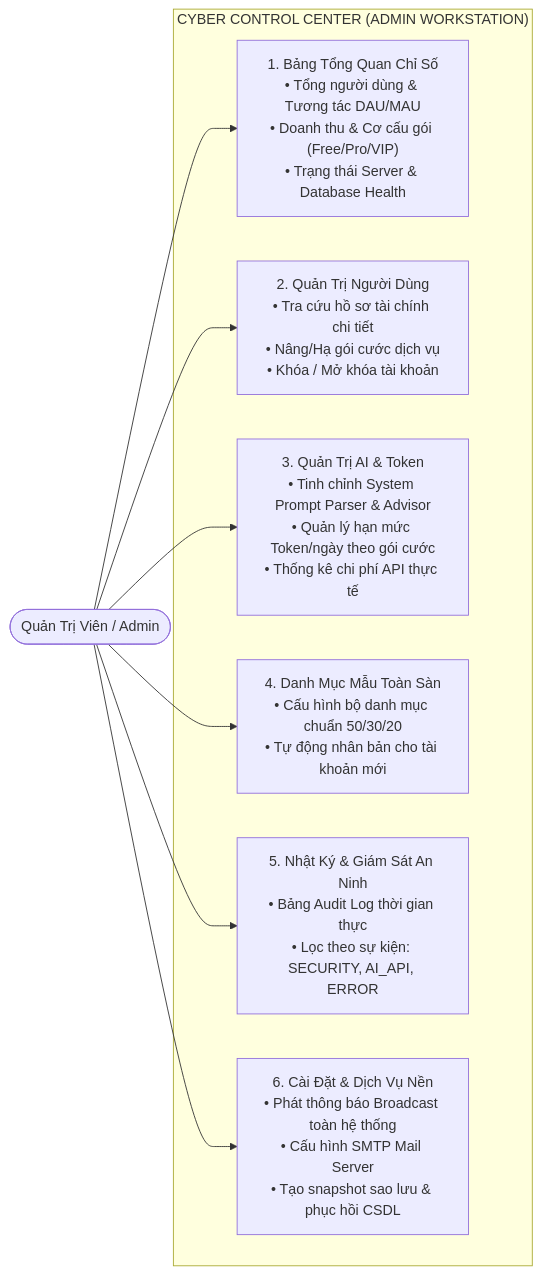
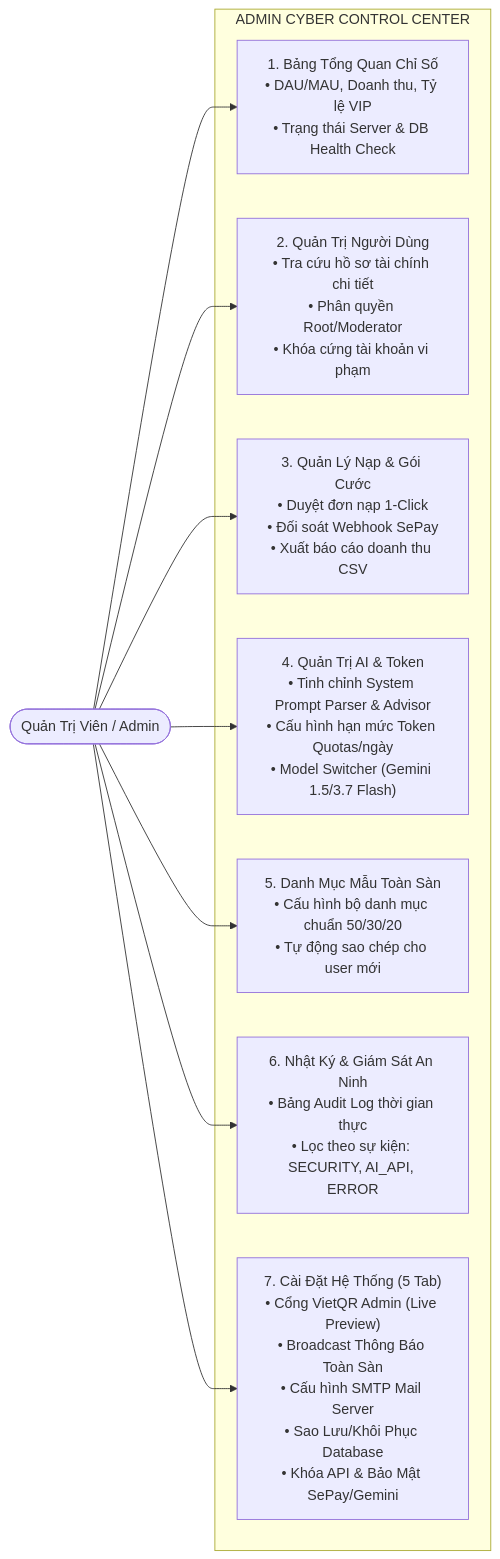
One commit to daysthang-ai/QuanLyChiTieuCaNhan changed the fifth of 5 diagrams in architecture.md. Above: the diagram before and after it, drawn with Mermaid. The commit also changed other lines of this file and 13 other files, not shown here.

````diff
--- a/architecture.md
+++ b/architecture.md
@@ -221,20 +342,22 @@
 ```mermaid
 flowchart LR
     Admin([Quản Trị Viên / Admin])
 
-    subgraph Control_Center ["CYBER CONTROL CENTER (ADMIN WORKSTATION)"]
-        Dashboard_Admin["1. Bảng Tổng Quan Chỉ Số<br/>• Tổng người dùng & Tương tác DAU/MAU<br/>• Doanh thu & Cơ cấu gói (Free/Pro/VIP)<br/>• Trạng thái Server & Database Health"]
-        User_Mgmt["2. Quản Trị Người Dùng<br/>• Tra cứu hồ sơ tài chính chi tiết<br/>• Nâng/Hạ gói cước dịch vụ<br/>• Khóa / Mở khóa tài khoản"]
-        AI_Config["3. Quản Trị AI & Token<br/>• Tinh chỉnh System Prompt Parser & Advisor<br/>• Quản lý hạn mức Token/ngày theo gói cước<br/>• Thống kê chi phí API thực tế"]
-        Global_Cat["4. Danh Mục Mẫu Toàn Sàn<br/>• Cấu hình bộ danh mục chuẩn 50/30/20<br/>• Tự động nhân bản cho tài khoản mới"]
-        Audit_Logs["5. Nhật Ký & Giám Sát An Ninh<br/>• Bảng Audit Log thời gian thực<br/>• Lọc theo sự kiện: SECURITY, AI_API, ERROR"]
-        Sys_Settings["6. Cài Đặt & Dịch Vụ Nền<br/>• Phát thông báo Broadcast toàn hệ thống<br/>• Cấu hình SMTP Mail Server<br/>• Tạo snapshot sao lưu & phục hồi CSDL"]
+    subgraph Control_Center ["ADMIN CYBER CONTROL CENTER"]
+        Dashboard_Admin["1. Bảng Tổng Quan Chỉ Số<br/>• DAU/MAU, Doanh thu, Tỷ lệ VIP<br/>• Trạng thái Server & DB Health Check"]
+        User_Mgmt["2. Quản Trị Người Dùng<br/>• Tra cứu hồ sơ tài chính chi tiết<br/>• Phân quyền Root/Moderator<br/>• Khóa cứng tài khoản vi phạm"]
+        Billing_Mgmt["3. Quản Lý Nạp & Gói Cước<br/>• Duyệt đơn nạp 1-Click<br/>• Đối soát Webhook SePay<br/>• Xuất báo cáo doanh thu CSV"]
+        AI_Config["4. Quản Trị AI & Token<br/>• Tinh chỉnh System Prompt Parser & Advisor<br/>• Cấu hình hạn mức Token Quotas/ngày<br/>• Model Switcher (Gemini 1.5/3.7 Flash)"]
+        Master_Data["5. Danh Mục Mẫu Toàn Sàn<br/>• Cấu hình bộ danh mục chuẩn 50/30/20<br/>• Tự động sao chép cho user mới"]
+        Audit_Logs["6. Nhật Ký & Giám Sát An Ninh<br/>• Bảng Audit Log thời gian thực<br/>• Lọc theo sự kiện: SECURITY, AI_API, ERROR"]
+        Sys_Settings["7. Cài Đặt Hệ Thống (5 Tab)<br/>• Cổng VietQR Admin (Live Preview)<br/>• Broadcast Thông Báo Toàn Sàn<br/>• Cấu hình SMTP Mail Server<br/>• Sao Lưu/Khôi Phục Database<br/>• Khóa API & Bảo Mật SePay/Gemini"]
     end
 
     Admin --> Dashboard_Admin
     Admin --> User_Mgmt
+    Admin --> Billing_Mgmt
     Admin --> AI_Config
-    Admin --> Global_Cat
+    Admin --> Master_Data
     Admin --> Audit_Logs
     Admin --> Sys_Settings
 ```
````
